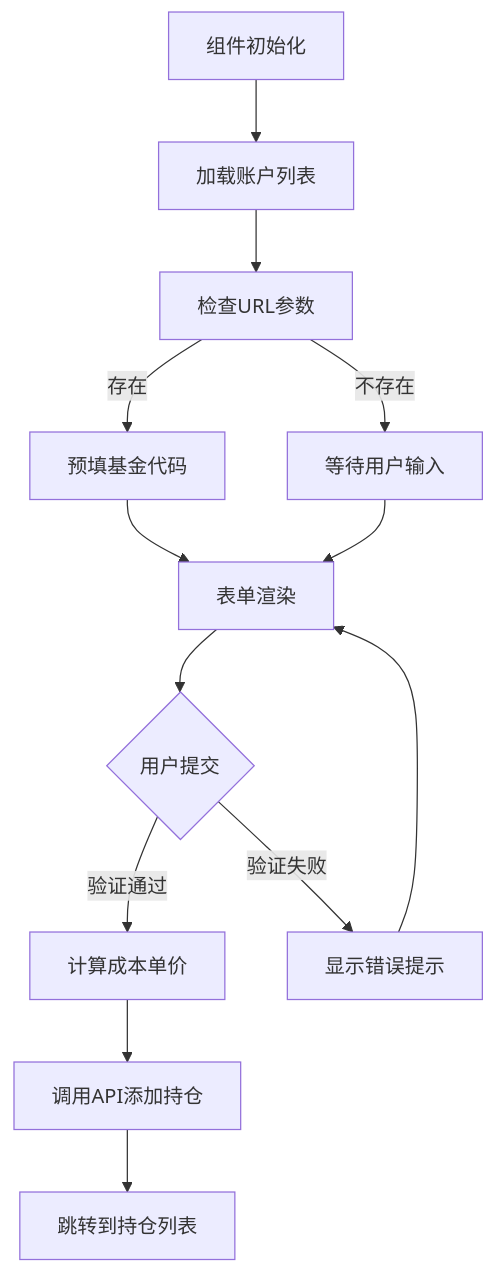
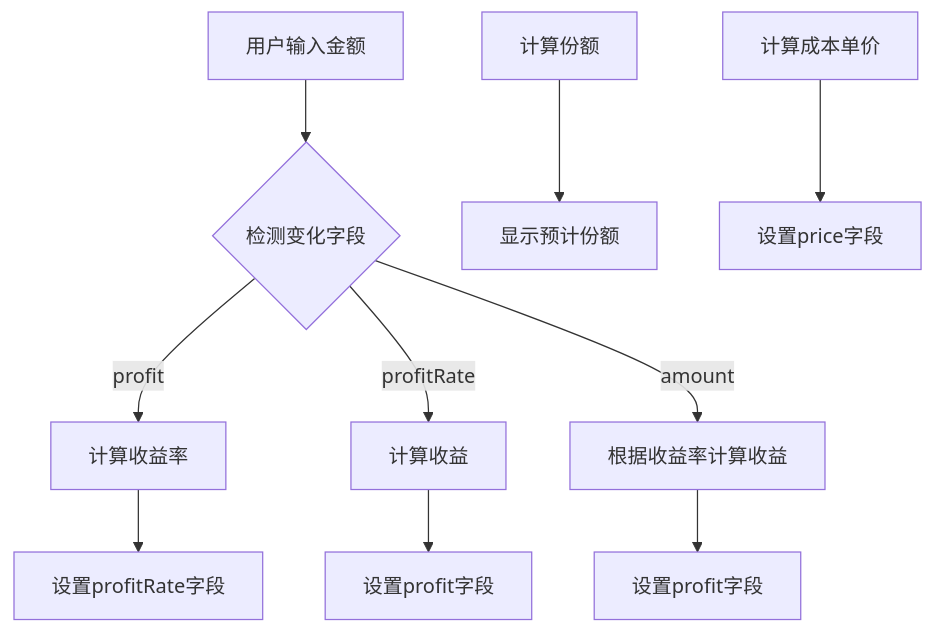
One commit to gree-coder/fund-butler changed the fifth of 17 diagrams in .qoder/repowiki/zh/content/核心功能开发/前端投资组合管理增强.md. Above: the diagram before and after it, drawn with Mermaid. The commit also changed other lines of this file and 34 other files, not shown here.

````diff
--- a/.qoder/repowiki/zh/content/核心功能开发/前端投资组合管理增强.md
+++ b/.qoder/repowiki/zh/content/核心功能开发/前端投资组合管理增强.md
@@ -297,15 +310,12 @@
 ```mermaid
 flowchart TD
-A[组件初始化] --> B[加载账户列表]
-B --> C[检查URL参数]
-C --> |存在| D[预填基金代码]
-C --> |不存在| E[等待用户输入]
-D --> F[表单渲染]
-E --> F
-F --> G{用户提交}
-G --> |验证通过| H[计算成本单价]
-G --> |验证失败| I[显示错误提示]
-H --> J[调用API添加持仓]
-J --> K[跳转到持仓列表]
-I --> F
+A[用户输入金额] --> B{检测变化字段}
+B --> |profit| C[计算收益率]
+C --> D[设置profitRate字段]
+B --> |profitRate| E[计算收益]
+E --> F[设置profit字段]
+B --> |amount| G[根据收益率计算收益]
+G --> H[设置profit字段]
+I[计算份额] --> J[显示预计份额]
+K[计算成本单价] --> L[设置price字段]
 ```
````
